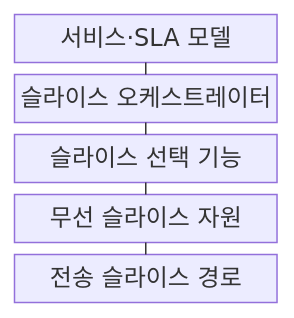
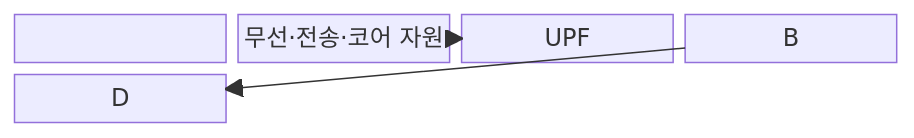
The first of 2 diagrams in src/content/docs/notes/04-network/039_5g_network_slicing.md (agnusdei1207/knowledge-base), drawn with Mermaid before and after one commit. The commit also changed other lines of this file and 20 other files, not shown here.

````diff
--- a/src/content/docs/notes/04-network/039_5g_network_slicing.md
+++ b/src/content/docs/notes/04-network/039_5g_network_slicing.md
@@ -50,13 +50,8 @@
 ```mermaid
-block-beta
-    columns 1
-    A["서비스·SLA 모델"]
-    B["슬라이스 오케스트레이터"]
-    C["슬라이스 선택 기능"]
-    D["무선 슬라이스 자원"]
-    E["전송 슬라이스 경로"]
-    A --- B
-    B --- C
-    C --- D
-    D --- E
+block
+    columns 4
+    A["서비스·SLA 모델"] --> B["슬라이스 오케스트레이터"] --> C["무선·전송·코어 자원"]
+    D["NSSF"] --> E["AMF"] --> F["SMF"] --> G["UPF"]
+    B --> D
+    C --> G
 ```
````
